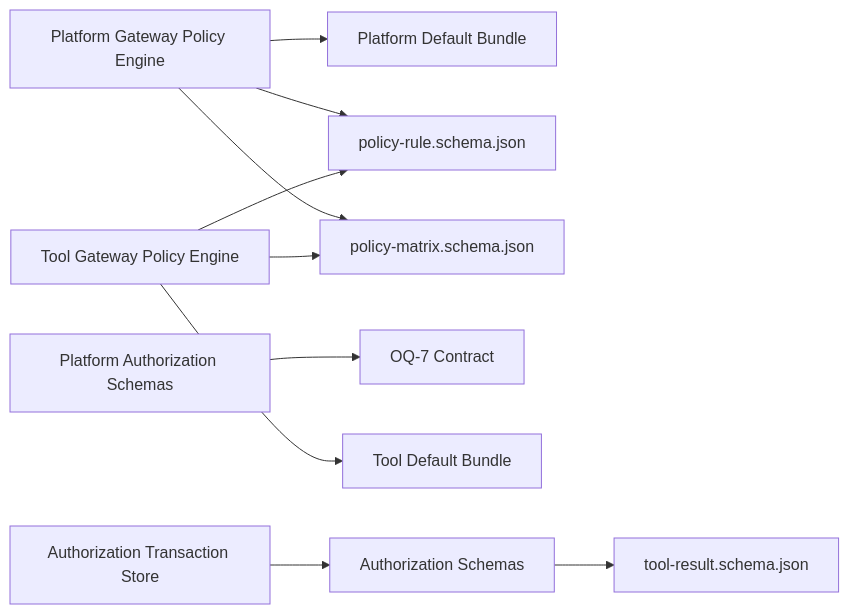
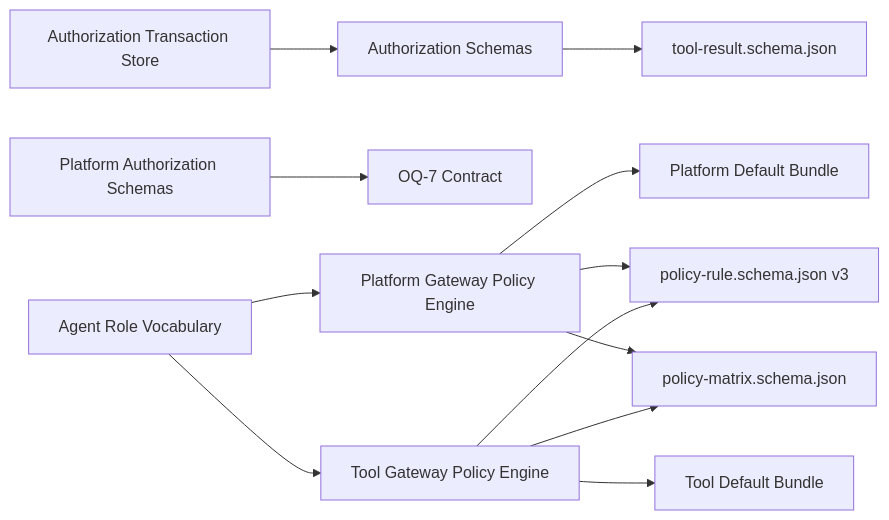
Before and after one commit to metasync/luban-aiops: diagram 16 of 16 in .qoder/repowiki/en/content/Core Services/Platform Gateway/Policy Engine and Authorization.md, drawn with Mermaid. The commit also changed other lines of this file and 128 other files, not shown here.

````diff
--- a/.qoder/repowiki/en/content/Core Services/Platform Gateway/Policy Engine and Authorization.md
+++ b/.qoder/repowiki/en/content/Core Services/Platform Gateway/Policy Engine and Authorization.md
@@ -509,12 +656,14 @@
 ```mermaid
 graph LR
 PGW_PE["Platform Gateway Policy Engine"] --> PGW_BUNDLE["Platform Default Bundle"]
-PGW_PE --> SCHEMA_R["policy-rule.schema.json"]
+PGW_PE --> SCHEMA_R["policy-rule.schema.json v3"]
 PGW_PE --> SCHEMA_M["policy-matrix.schema.json"]
 PGW_AUTH["Platform Authorization Schemas"] --> OQ7_CONTRACT["OQ-7 Contract"]
 TGW_PE["Tool Gateway Policy Engine"] --> TGW_BUNDLE["Tool Default Bundle"]
 TGW_PE --> SCHEMA_R
 TGW_PE --> SCHEMA_M
 AUTH_TX["Authorization Transaction Store"] --> AUTH_SCHEMA["Authorization Schemas"]
 AUTH_SCHEMA --> TOOL_RESULT["tool-result.schema.json"]
+AGENT_ROLE["Agent Role Vocabulary"] --> PGW_PE
+AGENT_ROLE --> TGW_PE
 ```
````
